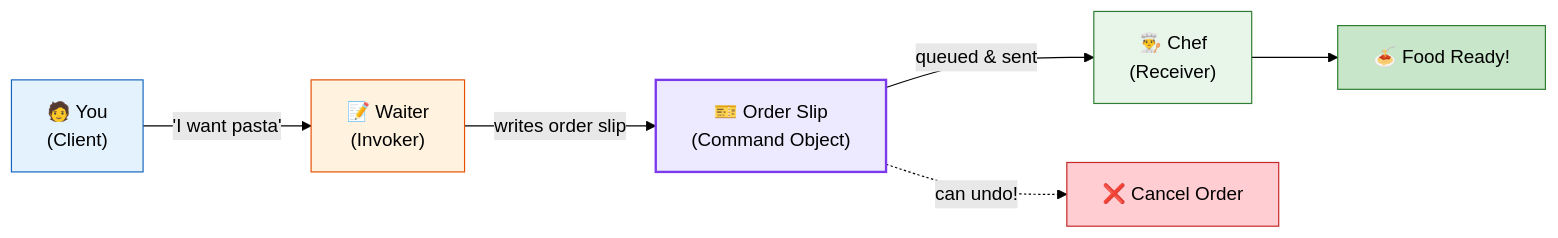
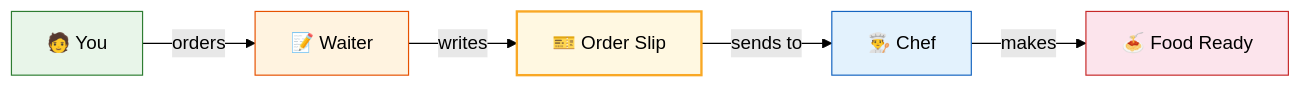
Before and after one commit to saivamsikaruturi/vamsilabs-dev-notes-main: the first of 3 diagrams in docs/designpatterns/behaviouralDesignPatterns/CommandDp.md, drawn with Mermaid (forest theme). The commit also changed other lines of this file and 42 other files, not shown here.

````diff
--- a/docs/designpatterns/behaviouralDesignPatterns/CommandDp.md
+++ b/docs/designpatterns/behaviouralDesignPatterns/CommandDp.md
@@ -12,15 +12,10 @@
 ```mermaid
 flowchart LR
-    You["🧑 You<br/>(Client)"] -->|"'I want pasta'"| W["📝 Waiter<br/>(Invoker)"]
-    W -->|writes order slip| O["🎫 Order Slip<br/>(Command Object)"]
-    O -->|queued & sent| C["👨‍🍳 Chef<br/>(Receiver)"]
-    C --> F["🍝 Food Ready!"]
-    O -.->|can undo!| X["❌ Cancel Order"]
-    
-    style You fill:#E3F2FD,stroke:#1565C0,color:#000
+    You["🧑 You"] -->|"orders"| W["📝 Waiter"] -->|"writes"| O["🎫 Order Slip"] -->|"sends to"| C["👨‍🍳 Chef"] -->|"makes"| F["🍝 Food Ready"]
+
+    style You fill:#E8F5E9,stroke:#2E7D32,color:#000
     style W fill:#FFF3E0,stroke:#E65100,color:#000
-    style O fill:#EDE9FE,stroke:#7C3AED,stroke-width:2px,color:#000
-    style C fill:#E8F5E9,stroke:#2E7D32,color:#000
-    style F fill:#C8E6C9,stroke:#2E7D32,color:#000
-    style X fill:#FFCDD2,stroke:#C62828,color:#000
+    style O fill:#FFF8E1,stroke:#F9A825,stroke-width:2px,color:#000
+    style C fill:#E3F2FD,stroke:#1565C0,color:#000
+    style F fill:#FCE4EC,stroke:#C62828,color:#000
 ```
````
